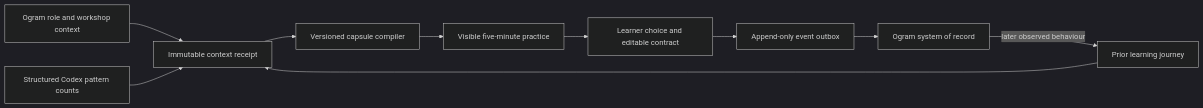
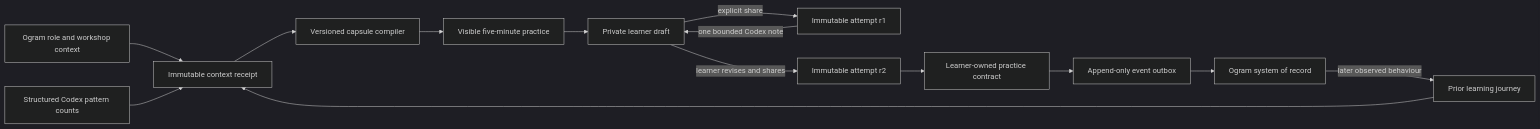
The diagram in README.md (self-tech-labs/agentic-textbook), drawn with Mermaid (dark theme) before and after one commit. The commit also changed other lines of this file and 26 other files, not shown here.

````diff
--- a/README.md
+++ b/README.md
@@ -11,12 +13,16 @@
 ```mermaid
 flowchart LR
   A[Ogram role and workshop context] --> R[Immutable context receipt]
   B[Structured Codex pattern counts] --> R
   C[Prior learning journey] --> R
   R --> K[Versioned capsule compiler]
   K --> P[Visible five-minute practice]
-  P --> H[Learner choice and editable contract]
+  P --> D[Private learner draft]
+  D -->|explicit share| R1[Immutable attempt r1]
+  R1 -->|one bounded Codex note| D
+  D -->|learner revises and shares| R2[Immutable attempt r2]
+  R2 --> H[Learner-owned practice contract]
   H --> O[Append-only event outbox]
   O --> S[Ogram system of record]
   S -->|later observed behaviour| C
 ```
````
